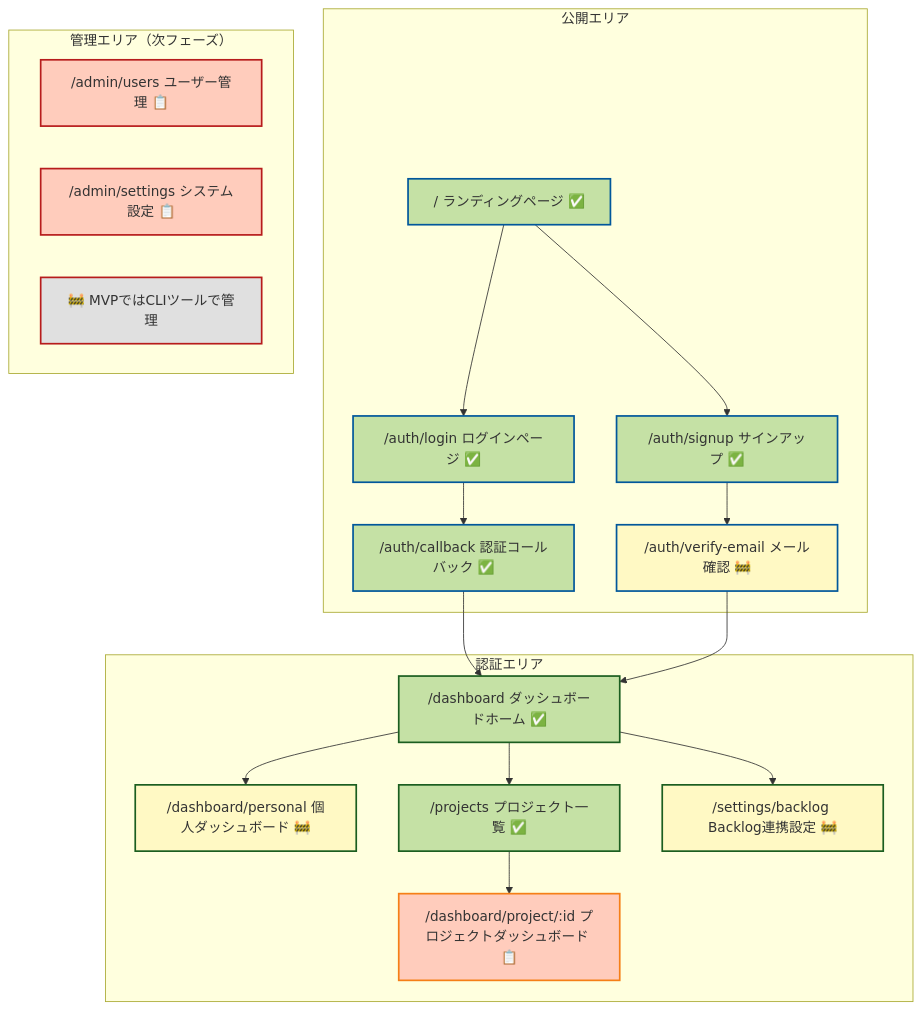
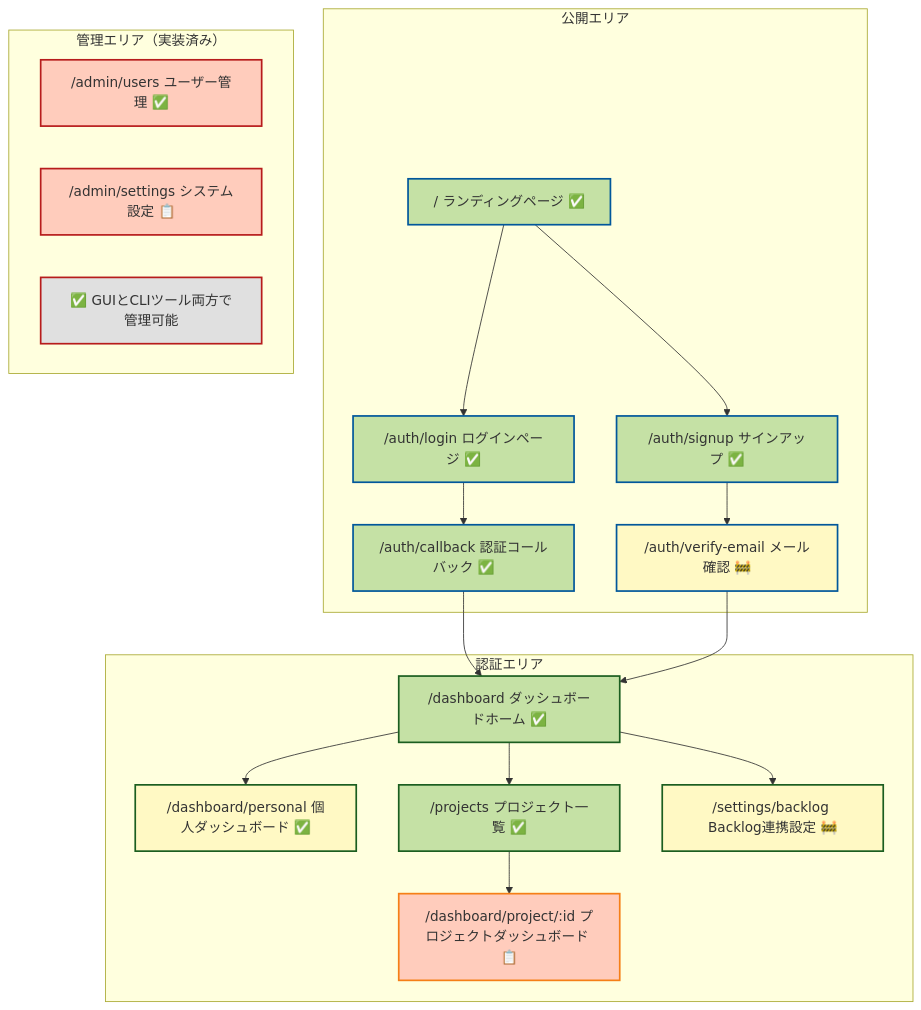
The seventh of 13 diagrams in Doc/mvp.md (rasshii/team-insight), drawn with Mermaid before and after one commit. The commit also changed other lines of this file and 36 other files, not shown here.

````diff
--- a/Doc/mvp.md
+++ b/Doc/mvp.md
@@ -282,49 +411,49 @@
 ```mermaid
 graph TD
     subgraph "公開エリア"
         A["/ ランディングページ ✅"]
         B["/auth/signup サインアップ ✅"]
         C["/auth/login ログインページ ✅"]
         D["/auth/callback 認証コールバック ✅"]
         E["/auth/verify-email メール確認 🚧"]
     end
 
     subgraph "認証エリア"
         F["/dashboard ダッシュボードホーム ✅"]
-        G["/dashboard/personal 個人ダッシュボード 🚧"]
+        G["/dashboard/personal 個人ダッシュボード ✅"]
         H["/projects プロジェクト一覧 ✅"]
         I["/dashboard/project/:id プロジェクトダッシュボード 📋"]
         J["/settings/backlog Backlog連携設定 🚧"]
     end
 
-    subgraph "管理エリア（次フェーズ）"
-        K["/admin/users ユーザー管理 📋"]
+    subgraph "管理エリア（実装済み）"
+        K["/admin/users ユーザー管理 ✅"]
         L["/admin/settings システム設定 📋"]
-        M["🚧 MVPではCLIツールで管理"]
+        M["✅ GUIとCLIツール両方で管理可能"]
     end
 
     A --> B
     A --> C
     B --> E
     C --> D
     D --> F
     E --> F
     F --> G
     F --> H
     F --> J
     H --> I
 
     style A fill:#c5e1a5,stroke:#01579b,stroke-width:2px
     style B fill:#c5e1a5,stroke:#01579b,stroke-width:2px
     style C fill:#c5e1a5,stroke:#01579b,stroke-width:2px
     style D fill:#c5e1a5,stroke:#01579b,stroke-width:2px
     style E fill:#fff9c4,stroke:#01579b,stroke-width:2px
     style F fill:#c5e1a5,stroke:#1b5e20,stroke-width:2px
     style G fill:#fff9c4,stroke:#1b5e20,stroke-width:2px
     style H fill:#c5e1a5,stroke:#1b5e20,stroke-width:2px
     style J fill:#fff9c4,stroke:#1b5e20,stroke-width:2px
     style I fill:#ffccbc,stroke:#f57f17,stroke-width:2px
     style K fill:#ffccbc,stroke:#b71c1c,stroke-width:2px
     style L fill:#ffccbc,stroke:#b71c1c,stroke-width:2px
     style M fill:#e0e0e0,stroke:#b71c1c,stroke-width:2px
 ```
````
